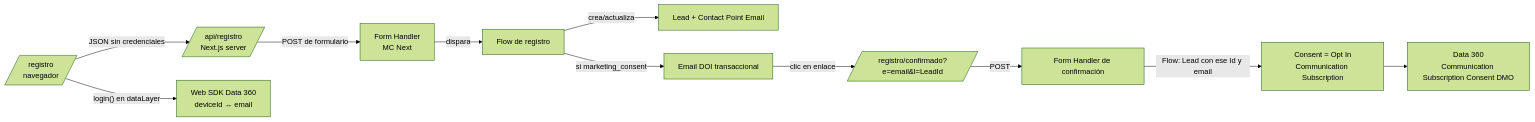
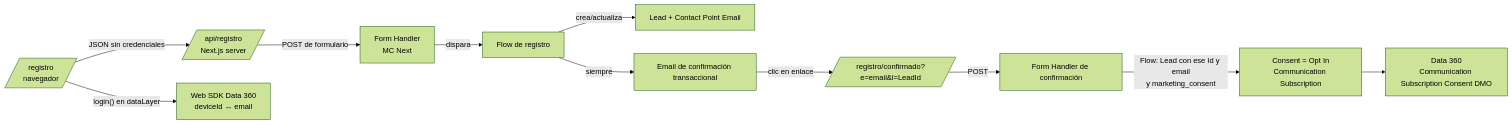
Before and after one commit to byorkman/altamar-demo: the diagram in marketingcloud/registro-doble-optin.md, drawn with Mermaid (forest theme). The commit also changed other lines of this file and 3 other files, not shown here.

First line of the commit message:
Email de confirmación para todos; el consentimiento solo decide el Opt In (#3)

````diff
--- a/marketingcloud/registro-doble-optin.md
+++ b/marketingcloud/registro-doble-optin.md
@@ -7,13 +7,13 @@
 ```mermaid
 flowchart LR
   A[/registro<br/>navegador/] -- JSON sin credenciales --> B[/api/registro<br/>Next.js server/]
   B -- POST de formulario --> D[Form Handler<br/>MC Next]
   D -- dispara --> E[Flow de registro]
   E -- crea/actualiza --> F[Lead + Contact Point Email]
-  E -- si marketing_consent --> G[Email DOI transaccional]
+  E -- siempre --> G[Email de confirmación transaccional]
   G -- clic en enlace --> K[/registro/confirmado?e=email&l=LeadId/]
   K -- POST --> L[Form Handler de confirmación]
-  L -- Flow: Lead con ese Id y email --> H[Consent = Opt In<br/>Communication Subscription]
+  L -- Flow: Lead con ese Id y email<br/>y marketing_consent --> H[Consent = Opt In<br/>Communication Subscription]
   H --> I[Data 360<br/>Communication Subscription Consent DMO]
   A -- login() en dataLayer --> J[Web SDK Data 360<br/>deviceId ↔ email]
 ```
````
